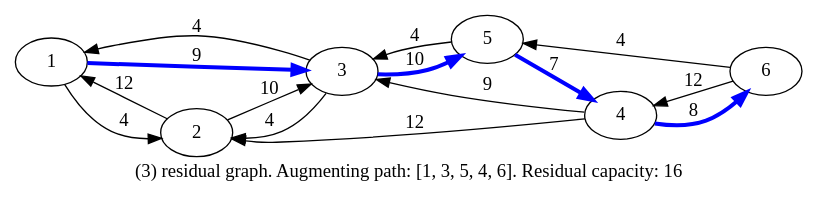
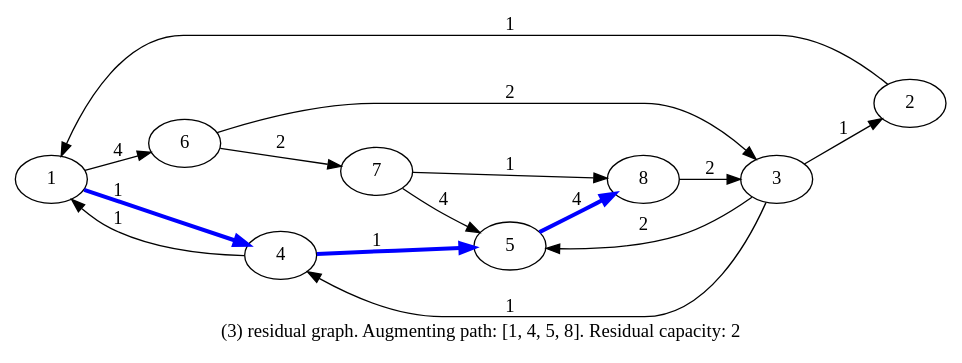
Before and after one commit to maryamass/Graph: the diagram in output_residual3.gv, drawn with Graphviz. The commit also changed 15 other files, not shown here.

Commit message:
function to test a flow added

```diff
--- a/output_residual3.gv
+++ b/output_residual3.gv
@@ -1,18 +1,18 @@
 digraph residualGraph3 {
   rankdir="LR"
-  label="(3) residual graph. Augmenting path: [1, 3, 5, 4, 6]. Residual capacity: 16"
-  1 -> 2 [label="4"];
-  1 -> 3 [label="9", color=blue, penwidth=3];
-  2 -> 1 [label="12"];
-  2 -> 3 [label="10"];
-  3 -> 1 [label="4"];
-  3 -> 2 [label="4"];
-  3 -> 5 [label="10", color=blue, penwidth=3];
-  4 -> 2 [label="12"];
-  4 -> 3 [label="9"];
-  4 -> 6 [label="8", color=blue, penwidth=3];
-  5 -> 3 [label="4"];
-  5 -> 4 [label="7", color=blue, penwidth=3];
-  6 -> 4 [label="12"];
-  6 -> 5 [label="4"];
+  label="(3) residual graph. Augmenting path: [1, 4, 5, 8]. Residual capacity: 2"
+  1 -> 4 [label="1", color=blue, penwidth=3];
+  1 -> 6 [label="4"];
+  2 -> 1 [label="1"];
+  3 -> 2 [label="1"];
+  3 -> 4 [label="1"];
+  3 -> 5 [label="2"];
+  4 -> 1 [label="1"];
+  4 -> 5 [label="1", color=blue, penwidth=3];
+  5 -> 8 [label="4", color=blue, penwidth=3];
+  6 -> 3 [label="2"];
+  6 -> 7 [label="2"];
+  7 -> 5 [label="4"];
+  7 -> 8 [label="1"];
+  8 -> 3 [label="2"];
 }
```
